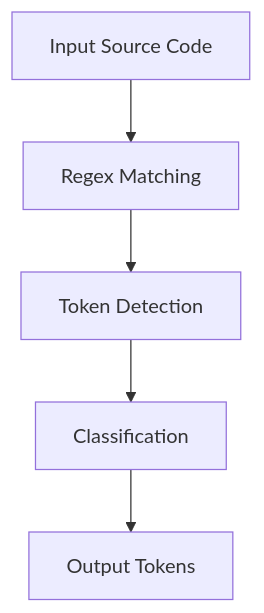
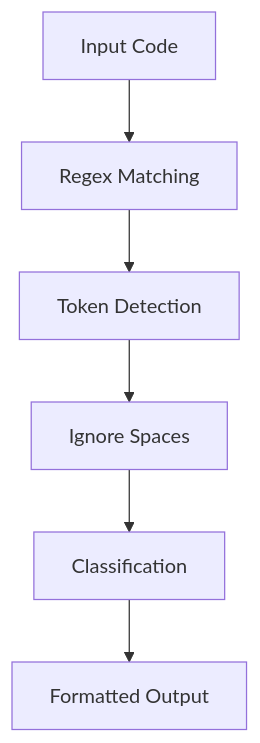
One commit to Zishan-125/Compiler_Design changed the diagram in README.md. Above: the diagram before and after it, drawn with Mermaid. The commit also changed other lines of this file, not shown here.

````diff
--- a/README.md
+++ b/README.md
@@ -105,7 +127,8 @@
-```mermaid id="bzbk2l"
+```mermaid
 flowchart TD
-A[Input Source Code] --> B[Regex Matching]
+A[Input Code] --> B[Regex Matching]
 B --> C[Token Detection]
-C --> D[Classification]
-D --> E[Output Tokens]
+C --> D[Ignore Spaces]
+D --> E[Classification]
+E --> F[Formatted Output]
 ```
````
